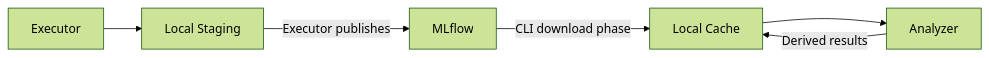
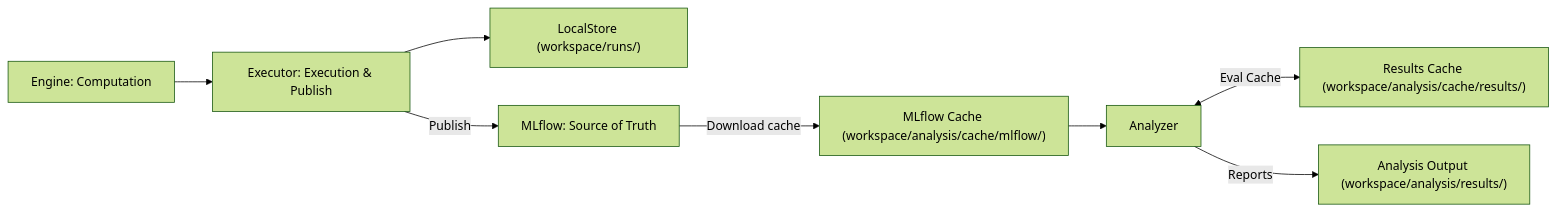
Before and after one commit to esillileu/abstract-dissection: the second of 2 diagrams in docs/architecture/f2-experiments.md, drawn with Mermaid (forest theme). The commit also changed other lines of this file and 19 other files, not shown here.

First line of the commit message:
refactor(f2): finalize 5-layer execution, storage, MLflow, and analysis architecture

````diff
--- a/docs/architecture/f2-experiments.md
+++ b/docs/architecture/f2-experiments.md
@@ -36,8 +36,10 @@
 ```mermaid
 flowchart LR
-  E[Executor] --> S[Local Staging]
-  S -->|Executor publishes| M[MLflow]
-  M -->|CLI download phase| C[Local Cache]
+  Engine[Engine: Computation] --> Executor[Executor: Execution & Publish]
+  Executor --> LocalStore["LocalStore (workspace/runs/)"]
+  Executor -->|Publish| M[MLflow: Source of Truth]
+  M -->|Download cache| C["MLflow Cache (workspace/analysis/cache/mlflow/)"]
   C --> A[Analyzer]
-  A -->|Derived results| C
+  A <-->|Eval Cache| ResCache["Results Cache (workspace/analysis/cache/results/)"]
+  A -->|Reports| Out["Analysis Output (workspace/analysis/results/)"]
 ```
````
